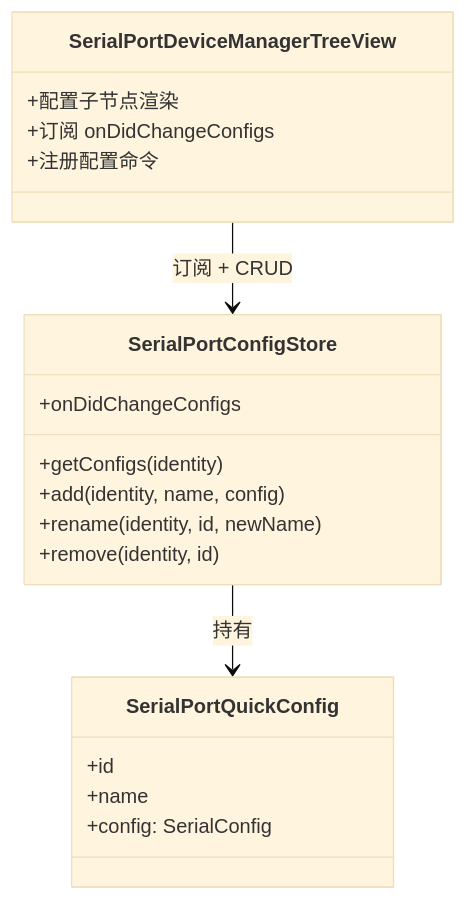
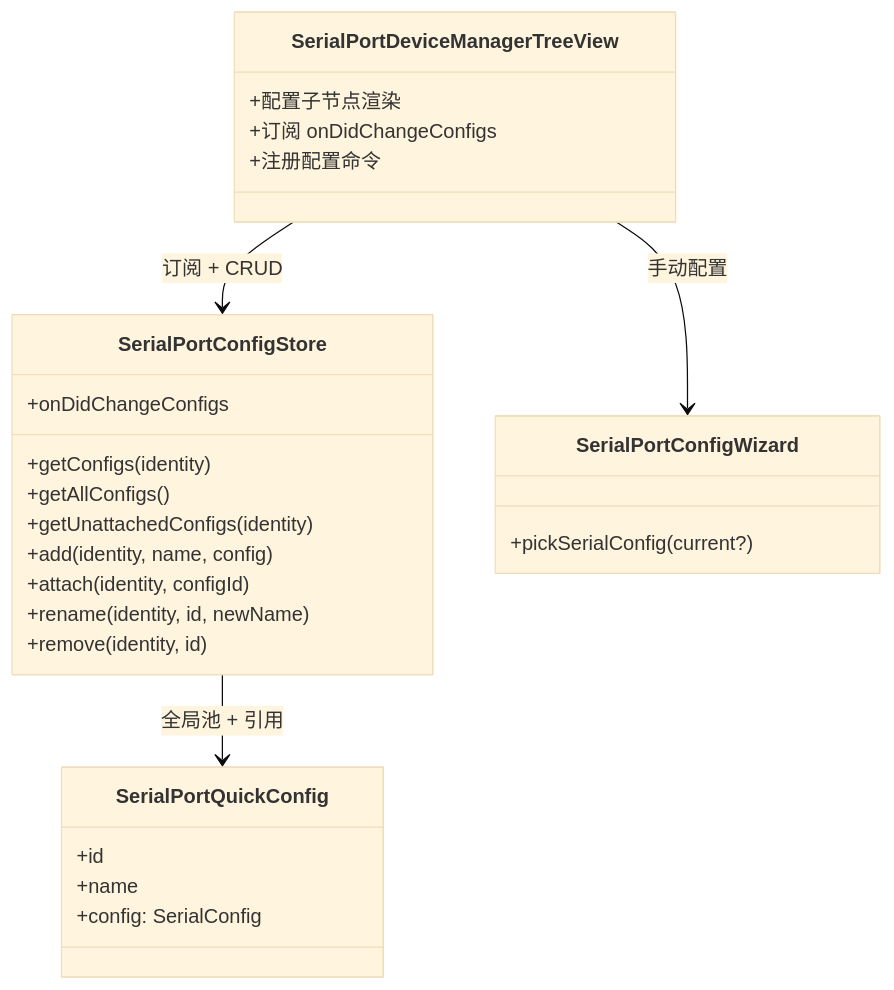
Before and after one commit to ziqiang-zhu/vscode-serial-port-terminal: the diagram in doc/SerialPortQuickConfig设计.md, drawn with Mermaid (base theme). The commit also changed other lines of this file and 16 other files, not shown here.

First line of the commit message:
feat: global quick configs with reference counting and settings-driven manual config

````diff
--- a/doc/SerialPortQuickConfig设计.md
+++ b/doc/SerialPortQuickConfig设计.md
@@ -181,22 +166,29 @@
 ```mermaid
 classDiagram
     class SerialPortConfigStore {
         +getConfigs(identity)
+        +getAllConfigs()
+        +getUnattachedConfigs(identity)
         +add(identity, name, config)
+        +attach(identity, configId)
         +rename(identity, id, newName)
         +remove(identity, id)
         +onDidChangeConfigs
     }
     class SerialPortQuickConfig {
         +id
         +name
         +config: SerialConfig
     }
+    class SerialPortConfigWizard {
+        +pickSerialConfig(current?)
+    }
     class SerialPortDeviceManagerTreeView {
         +配置子节点渲染
         +订阅 onDidChangeConfigs
         +注册配置命令
     }
-    SerialPortConfigStore --> SerialPortQuickConfig : 持有
+    SerialPortConfigStore --> SerialPortQuickConfig : 全局池 + 引用
     SerialPortDeviceManagerTreeView --> SerialPortConfigStore : 订阅 + CRUD
+    SerialPortDeviceManagerTreeView --> SerialPortConfigWizard : 手动配置
 ```
````
